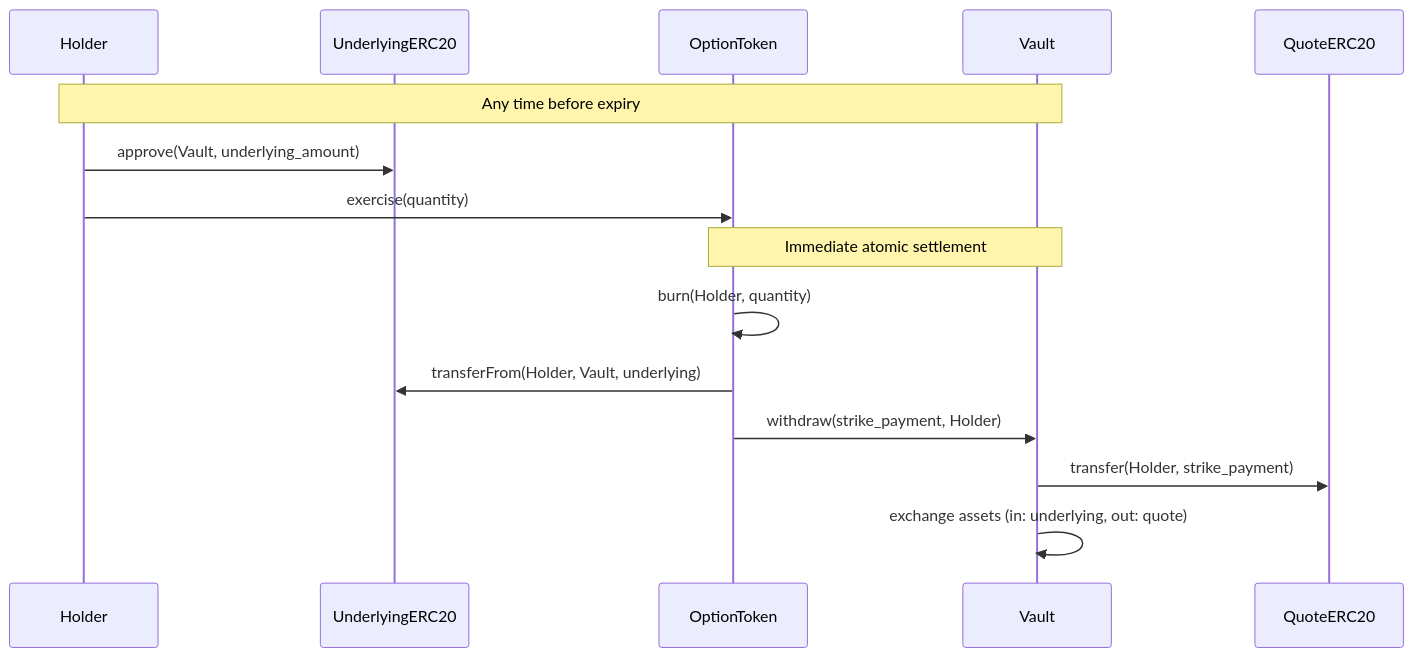
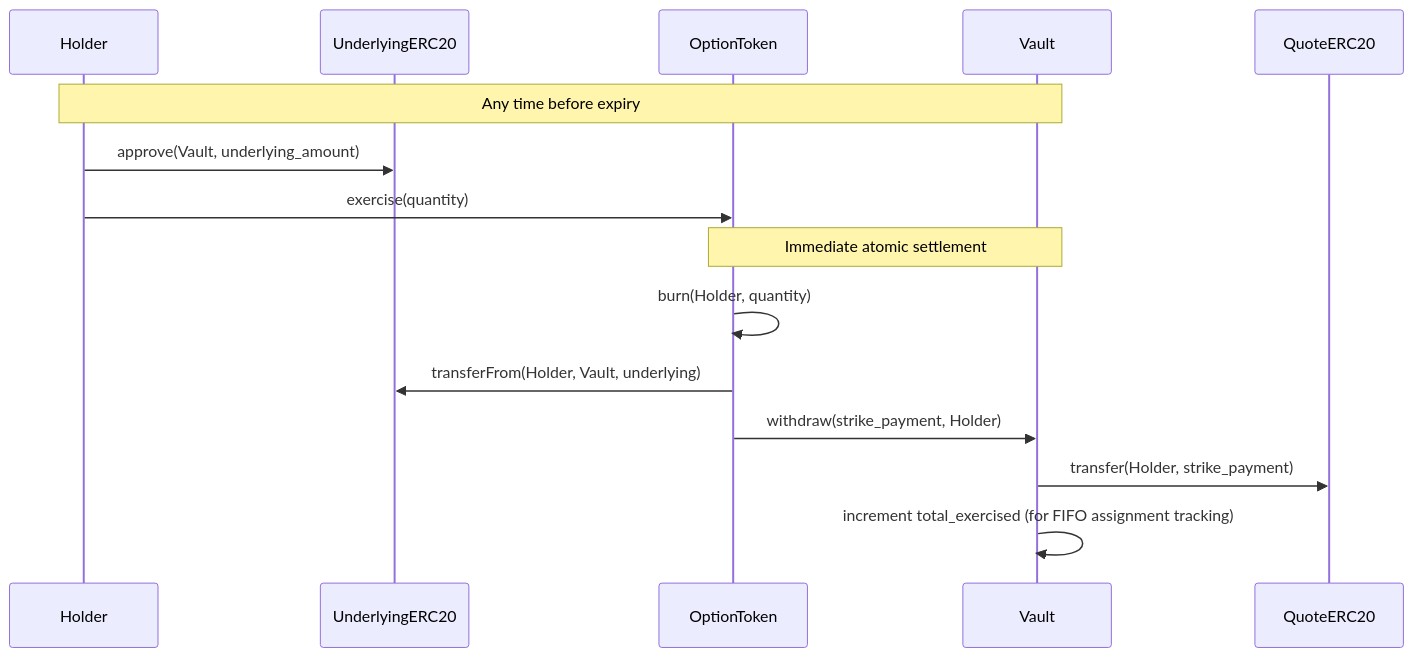
Before and after one commit to 0xgleb/optional: the sixth of 8 diagrams in SPEC.md, drawn with Mermaid. The commit also changed other lines of this file, not shown here.

````diff
--- a/SPEC.md
+++ b/SPEC.md
@@ -433,19 +458,19 @@
 ```mermaid
 sequenceDiagram
     participant Holder
     participant UnderlyingERC20
     participant OptionToken
     participant Vault
     participant QuoteERC20
 
     Note over Holder,Vault: Any time before expiry
     Holder->>UnderlyingERC20: approve(Vault, underlying_amount)
     Holder->>OptionToken: exercise(quantity)
 
     Note over OptionToken,Vault: Immediate atomic settlement
     OptionToken->>OptionToken: burn(Holder, quantity)
     OptionToken->>UnderlyingERC20: transferFrom(Holder, Vault, underlying)
     OptionToken->>Vault: withdraw(strike_payment, Holder)
     Vault->>QuoteERC20: transfer(Holder, strike_payment)
-    Vault->>Vault: exchange assets (in: underlying, out: quote)
+    Vault->>Vault: increment total_exercised (for FIFO assignment tracking)
 ```
````
